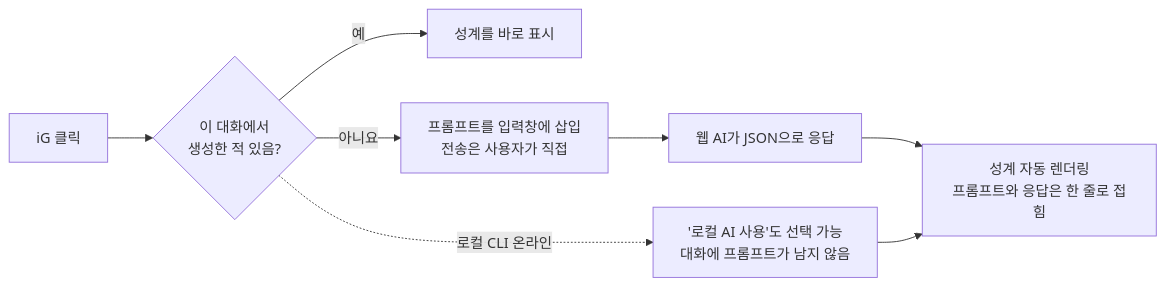
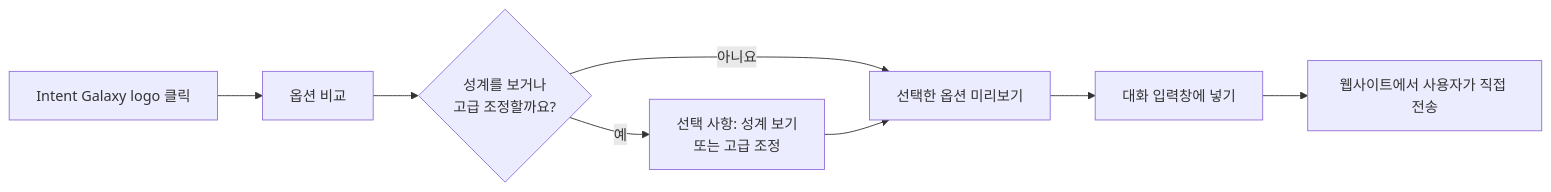
Before and after one commit to stephen-taipei/intent-galaxy: the fourth of 4 diagrams in README.ko.md, drawn with Mermaid. The commit also changed other lines of this file and 157 other files, not shown here.

````diff
--- a/README.ko.md
+++ b/README.ko.md
@@ -235,10 +237,10 @@
 ```mermaid
 flowchart LR
-    A["iG 클릭"] --> B{"이 대화에서<br/>생성한 적 있음?"}
-    B -- 예 --> C["성계를 바로 표시"]
-    B -- 아니요 --> D["프롬프트를 입력창에 삽입<br/>전송은 사용자가 직접"]
-    D --> E["웹 AI가 JSON으로 응답"]
-    E --> F["성계 자동 렌더링<br/>프롬프트와 응답은 한 줄로 접힘"]
-    B -. 로컬 CLI 온라인 .-> G["'로컬 AI 사용'도 선택 가능<br/>대화에 프롬프트가 남지 않음"]
-    G --> F
+    A["Intent Galaxy logo 클릭"] --> B["옵션 비교"]
+    B --> C{"성계를 보거나<br/>고급 조정할까요?"}
+    C -- 예 --> D["선택 사항: 성계 보기<br/>또는 고급 조정"]
+    C -- 아니요 --> E["선택한 옵션 미리보기"]
+    D --> E
+    E --> F["대화 입력창에 넣기"]
+    F --> G["웹사이트에서 사용자가 직접 전송"]
 ```
````
